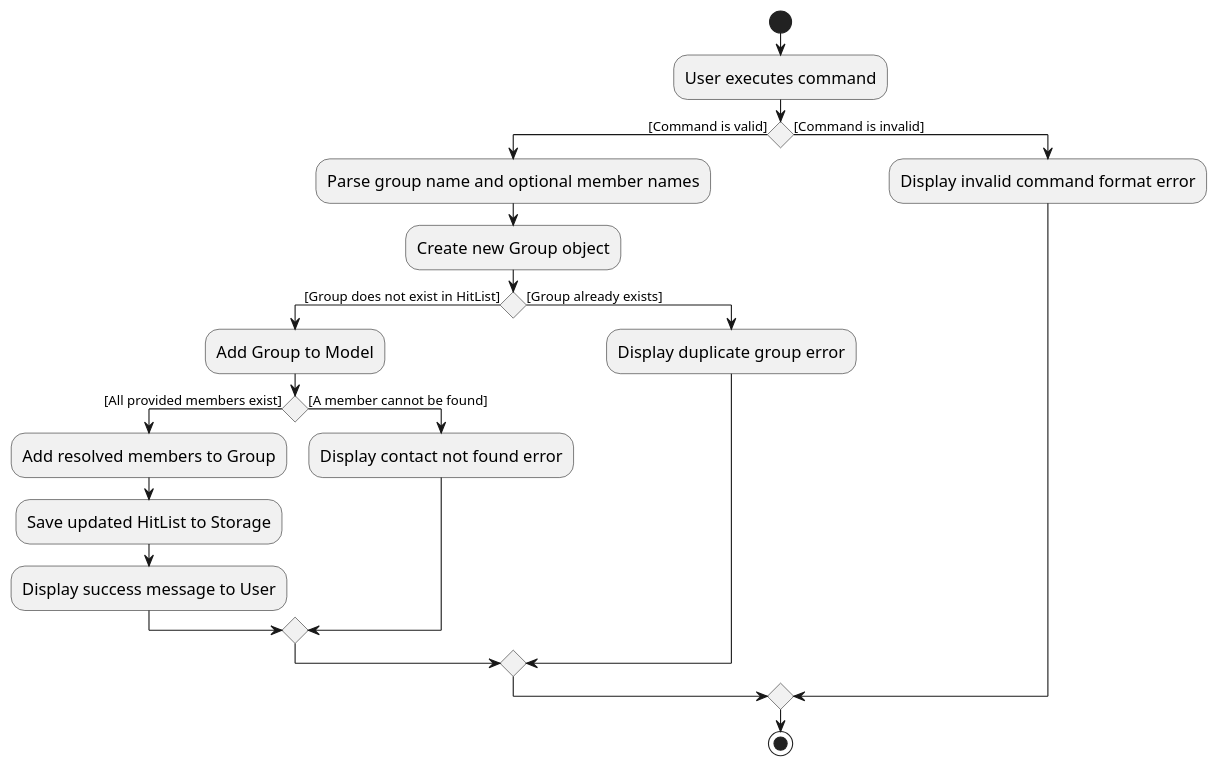
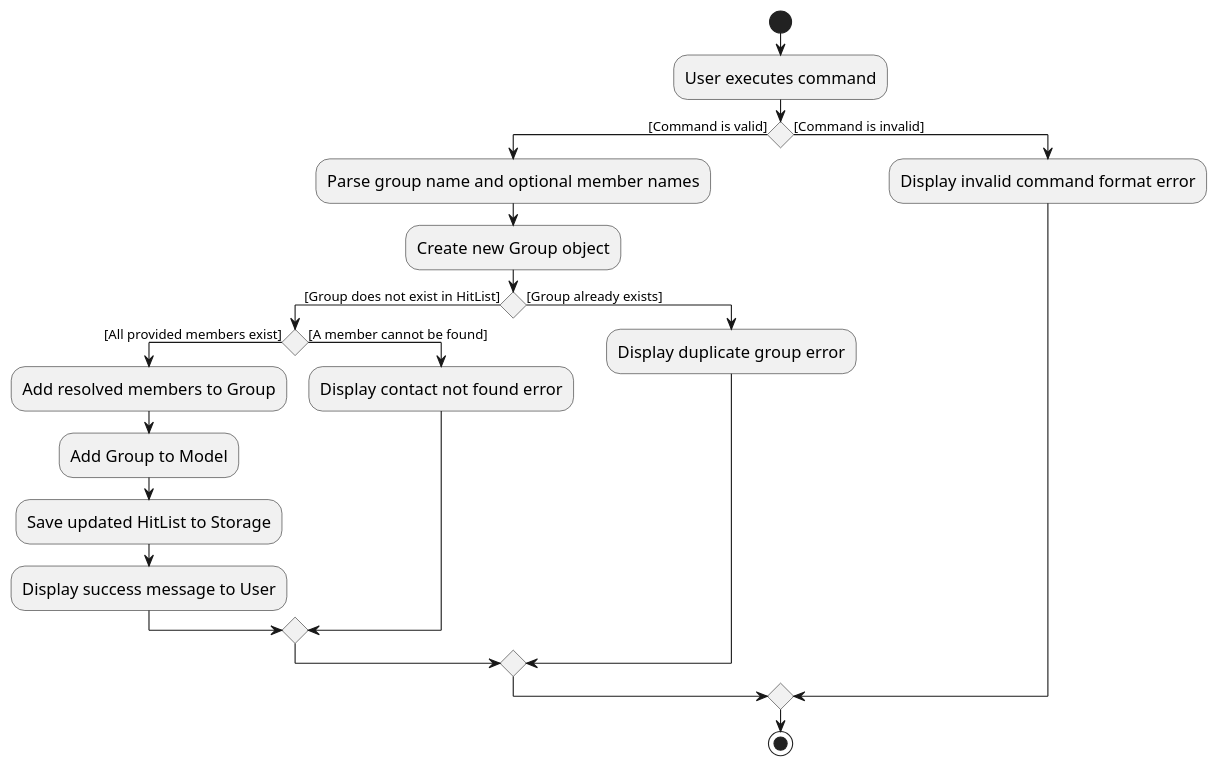
One commit to AY2526S2-CS2103T-W11-2/tp changed the diagram in diagrams/add-group/GroupAddActivityDiagram.puml. Above: the diagram before and after it, drawn with PlantUML. The commit also changed 25 other files, not shown here.

```diff
--- a/diagrams/add-group/GroupAddActivityDiagram.puml
+++ b/diagrams/add-group/GroupAddActivityDiagram.puml
@@ -1,28 +1,35 @@
 @startuml
+
 skinparam ActivityFontSize 15
 skinparam ArrowFontSize 12
 
 start
+
 :User executes command;
 
 if () then ([Command is valid])
   :Parse group name and optional member names;
   :Create new Group object;
+
   if () then ([Group does not exist in HitList])
-    :Add Group to Model;
+
     if () then ([All provided members exist])
       :Add resolved members to Group;
+      :Add Group to Model;
       :Save updated HitList to Storage;
       :Display success message to User;
     else ([A member cannot be found])
       :Display contact not found error;
     endif
+
   else ([Group already exists])
     :Display duplicate group error;
   endif
+
 else ([Command is invalid])
   :Display invalid command format error;
 endif
 
 stop
+
 @enduml
```
